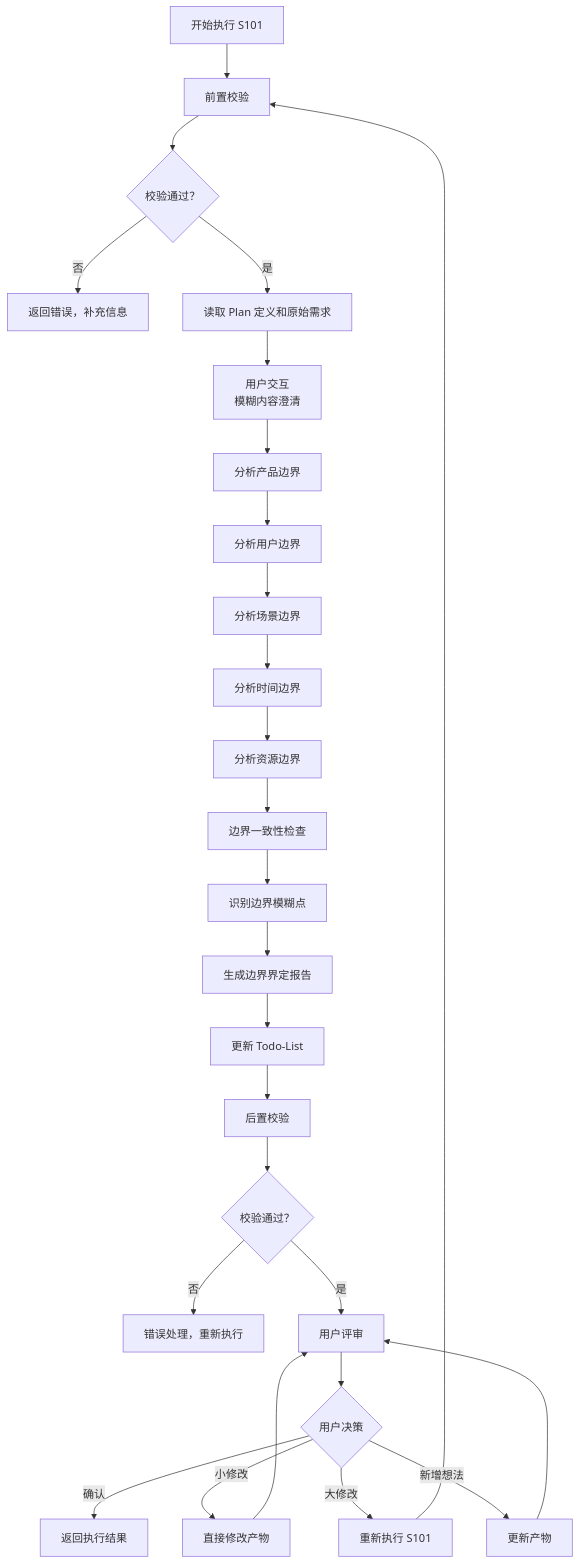
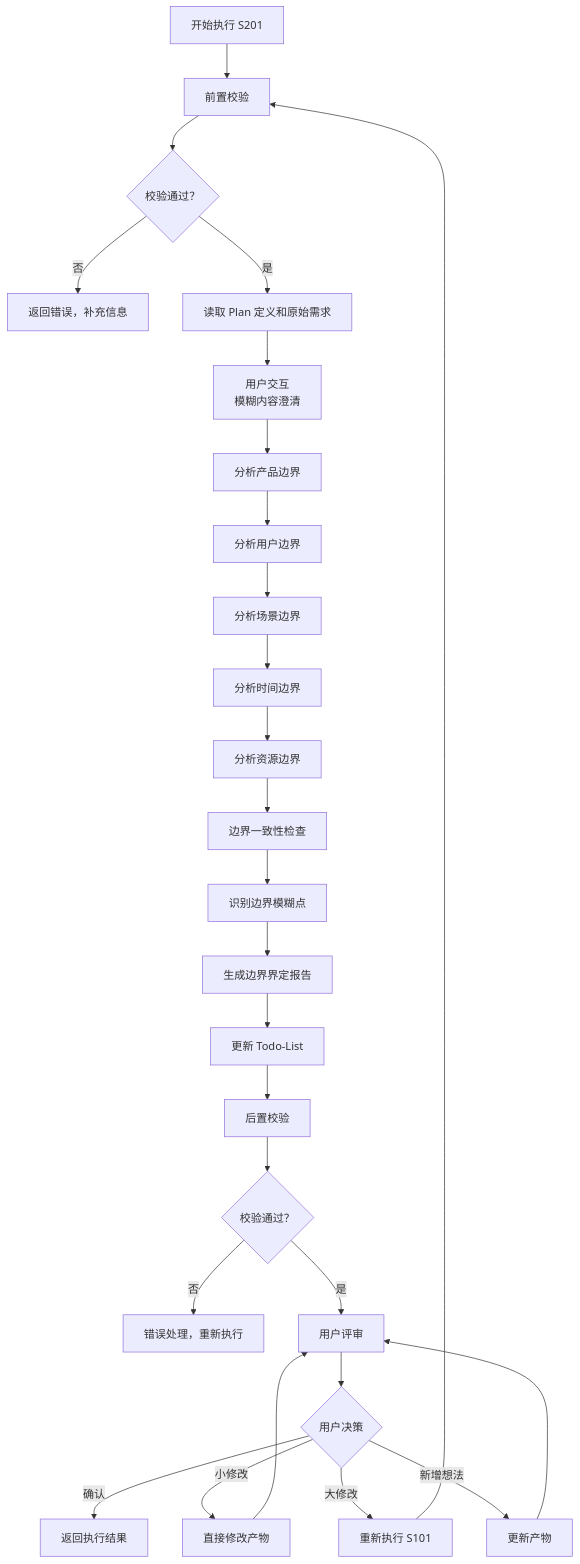
The first of 2 diagrams in skills/s2-boundary/SKILL.md (HeartFlying/swf), drawn with Mermaid before and after one commit. The commit also changed other lines of this file and 10 other files, not shown here.

````diff
--- a/skills/s2-boundary/SKILL.md
+++ b/skills/s2-boundary/SKILL.md
@@ -186,29 +186,29 @@
 ```mermaid
 flowchart TD
-    Start[开始执行 S101] --> PreCheck[前置校验]
+    Start[开始执行 S201] --> PreCheck[前置校验]
     PreCheck --> CheckResult{校验通过？}
     CheckResult -->|否 | Error[返回错误，补充信息]
     CheckResult -->|是 | Parse[读取 Plan 定义和原始需求]
     Parse --> Interact[用户交互<br/>模糊内容澄清]
     Interact --> ProductBoundary[分析产品边界]
     ProductBoundary --> UserBoundary[分析用户边界]
     UserBoundary --> ScenarioBoundary[分析场景边界]
     ScenarioBoundary --> TimeBoundary[分析时间边界]
     TimeBoundary --> ResourceBoundary[分析资源边界]
     ResourceBoundary --> ConsistencyCheck[边界一致性检查]
     ConsistencyCheck --> RiskIdentify[识别边界模糊点]
     RiskIdentify --> GenReport[生成边界界定报告]
     GenReport --> UpdateTodo[更新 Todo-List]
     UpdateTodo --> PostCheck[后置校验]
     PostCheck --> PostCheckResult{校验通过？}
     PostCheckResult -->|否 | HandleError[错误处理，重新执行]
     PostCheckResult -->|是 | Review[用户评审]
     Review --> ReviewResult{用户决策}
     ReviewResult -->|确认 | Return[返回执行结果]
     ReviewResult -->|小修改 | Modify[直接修改产物]
     ReviewResult -->|大修改 | ReExecute[重新执行 S101]
     ReviewResult -->|新增想法 | Update[更新产物]
     Modify --> Review
     Update --> Review
     ReExecute --> PreCheck
 ```
````
